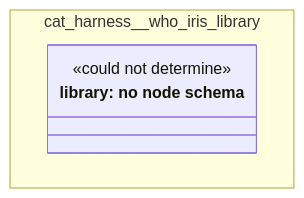
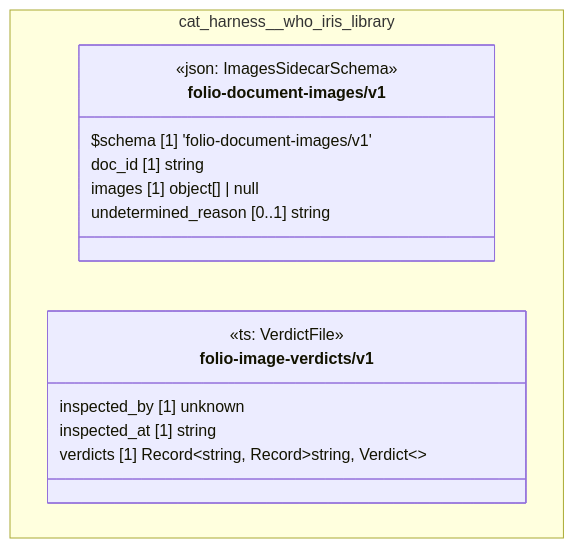
Before and after one commit to litlfred/folio-assistant: the diagram in cat-harness/docs/uml/overview/cat-harness/who-iris-library.md, drawn with Mermaid. The commit also changed other lines of this file and 220 other files, not shown here.

First line of the commit message:
quda: register node schemas for the graph kinds that had none

````diff
--- a/cat-harness/docs/uml/overview/cat-harness/who-iris-library.md
+++ b/cat-harness/docs/uml/overview/cat-harness/who-iris-library.md
@@ -12,11 +12,21 @@
 ```mermaid
 classDiagram
   direction TB
   namespace cat_harness__who_iris_library {
-    class n_cat_harness_who_iris_library_library["library: no node schema"] {
-      <<could not determine>>
+    class cat_harness_who_iris_library_folio_document_images_v1_folio_document_images_v1["folio-document-images/v1"] {
+      <<json: ImagesSidecarSchema>>
+      $schema [1] 'folio-document-images/v1'
+      doc_id [1] string
+      images [1] object[] | null
+      undetermined_reason [0..1] string
+    }
+    class cat_harness_who_iris_library_folio_image_verdicts_v1["folio-image-verdicts/v1"] {
+      <<ts: VerdictFile>>
+      inspected_by [1] unknown
+      inspected_at [1] string
+      verdicts [1] Record~string, Record~string, Verdict~~
     }
   }
-  cssClass "n_cat_harness_who_iris_library_library" fa_uml_kind_library
-  cssClass "n_cat_harness_who_iris_library_library" fa_uml_undetermined
+  cssClass "cat_harness_who_iris_library_folio_document_images_v1_folio_document_images_v1" fa_uml_kind_library
+  cssClass "cat_harness_who_iris_library_folio_image_verdicts_v1" fa_uml_kind_library
 ```
````
